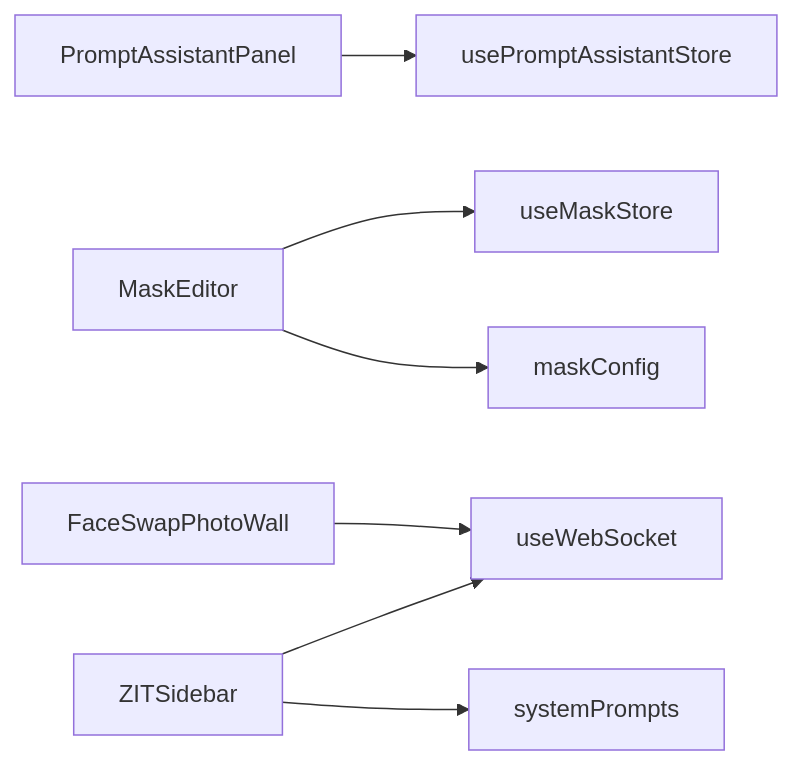
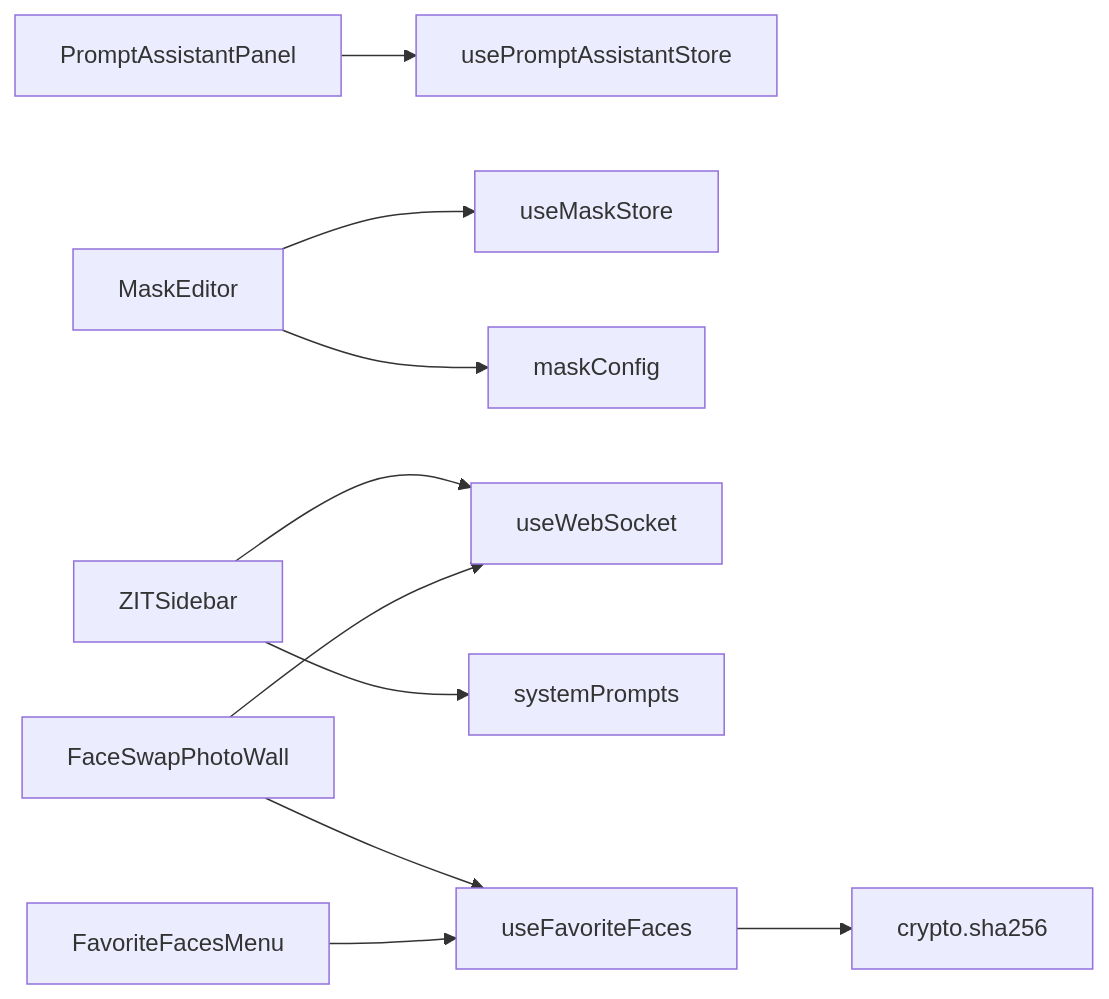
Before and after one commit to billye220670/CorineKit_Pix2Real: the eighth of 8 diagrams in .qoder/repowiki/zh/content/专业功能/专业功能.md, drawn with Mermaid. The commit also changed other lines of this file and 73 other files, not shown here.

````diff
--- a/.qoder/repowiki/zh/content/专业功能/专业功能.md
+++ b/.qoder/repowiki/zh/content/专业功能/专业功能.md
@@ -244,9 +296,12 @@
 ```mermaid
 graph LR
 PA["PromptAssistantPanel"] --> UPS["usePromptAssistantStore"]
 ME["MaskEditor"] --> UM["useMaskStore"]
 ME --> MC["maskConfig"]
 ZS["ZITSidebar"] --> UWS["useWebSocket"]
 ZS --> SP["systemPrompts"]
 FS["FaceSwapPhotoWall"] --> UWS
+FS --> UFF["useFavoriteFaces"]
+FFM["FavoriteFacesMenu"] --> UFF
+UFF --> Crypto["crypto.sha256"]
 ```
````
